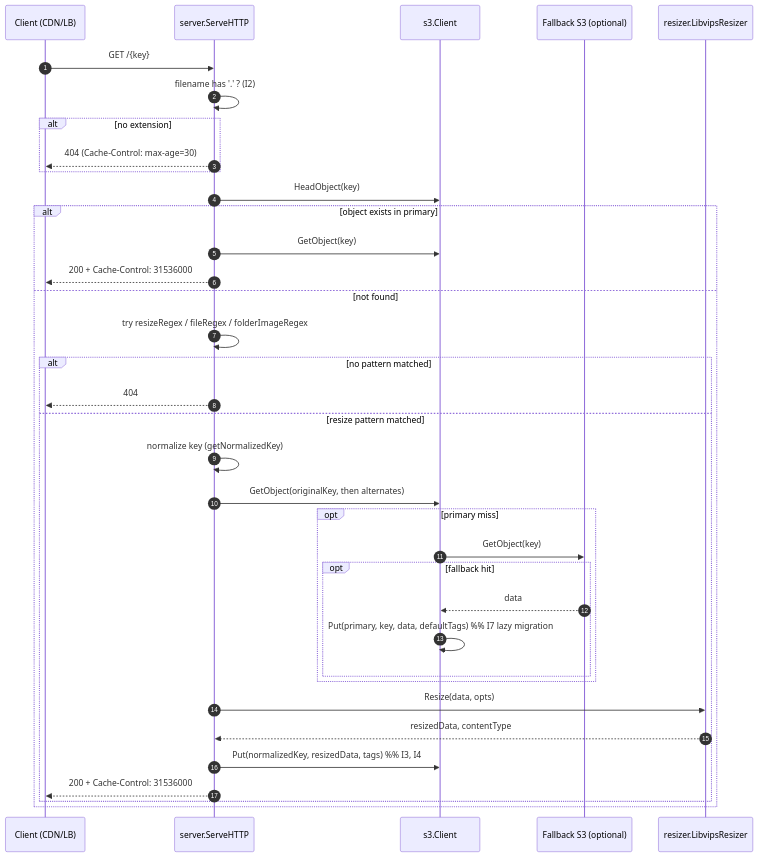
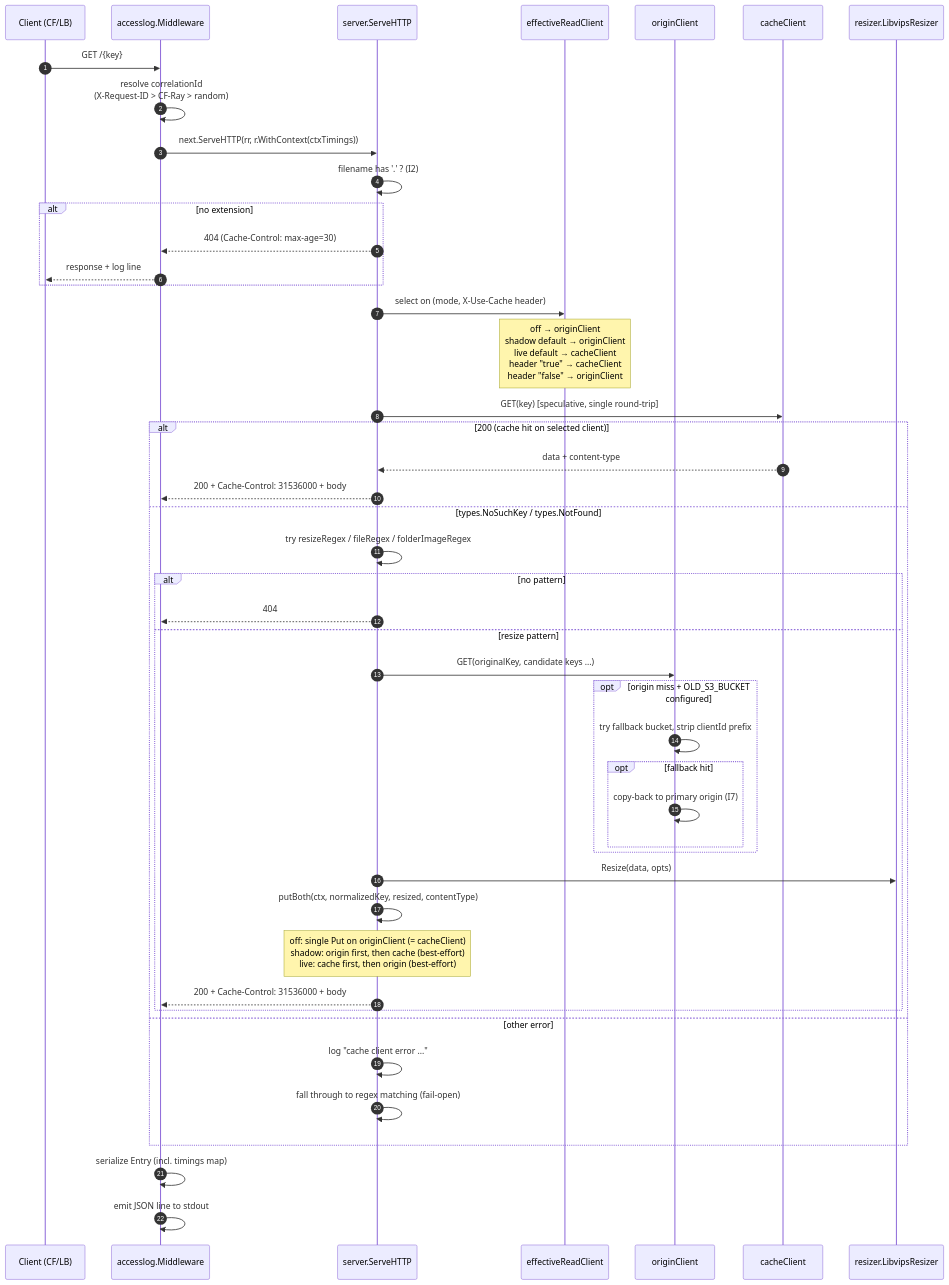
The first of 4 diagrams in draft/architecture.md (Archanium/image-s3-proxy), drawn with Mermaid before and after one commit. The commit also changed other lines of this file and 11 other files, not shown here.

First line of the commit message:
chore: /draft:init refresh — sync architecture context to PRs #1-#4

````diff
--- a/draft/architecture.md
+++ b/draft/architecture.md
@@ -124,39 +169,49 @@
 ```mermaid
 sequenceDiagram
     autonumber
-    participant C as Client (CDN/LB)
+    participant C as Client (CF/LB)
+    participant M as accesslog.Middleware
     participant S as server.ServeHTTP
-    participant S3 as s3.Client
-    participant FB as Fallback S3 (optional)
+    participant ER as effectiveReadClient
+    participant OK as originClient
+    participant CK as cacheClient
     participant R as resizer.LibvipsResizer
 
-    C->>S: GET /{key}
+    C->>M: GET /{key}
+    M->>M: resolve correlationId<br/>(X-Request-ID > CF-Ray > random)
+    M->>S: next.ServeHTTP(rr, r.WithContext(ctxTimings))
     S->>S: filename has '.' ? (I2)
     alt no extension
-        S-->>C: 404 (Cache-Control: max-age=30)
+        S-->>M: 404 (Cache-Control: max-age=30)
+        M-->>C: response + log line
     end
-    S->>S3: HeadObject(key)
-    alt object exists in primary
-        S->>S3: GetObject(key)
-        S-->>C: 200 + Cache-Control: 31536000
-    else not found
+    S->>ER: select on (mode, X-Use-Cache header)
+    Note over ER: off → originClient<br/>shadow default → originClient<br/>live default → cacheClient<br/>header "true" → cacheClient<br/>header "false" → originClient
+    S->>CK: GET(key) [speculative, single round-trip]
+    alt 200 (cache hit on selected client)
+        CK-->>S: data + content-type
+        S-->>M: 200 + Cache-Control: 31536000 + body
+    else types.NoSuchKey / types.NotFound
         S->>S: try resizeRegex / fileRegex / folderImageRegex
-        alt no pattern matched
-            S-->>C: 404
-        else resize pattern matched
-            S->>S: normalize key (getNormalizedKey)
-            S->>S3: GetObject(originalKey, then alternates)
-            opt primary miss
-                S3->>FB: GetObject(key)
+        alt no pattern
+            S-->>M: 404
+        else resize pattern
+            S->>OK: GET(originalKey, candidate keys ...)
+            opt origin miss + OLD_S3_BUCKET configured
+                OK->>OK: try fallback bucket, strip clientId prefix
                 opt fallback hit
-                    FB-->>S3: data
-                    S3->>S3: Put(primary, key, data, defaultTags)  %% I7 lazy migration
+                    OK->>OK: copy-back to primary origin (I7)
                 end
             end
             S->>R: Resize(data, opts)
-            R-->>S: resizedData, contentType
-            S->>S3: Put(normalizedKey, resizedData, tags)  %% I3, I4
-            S-->>C: 200 + Cache-Control: 31536000
+            S->>S: putBoth(ctx, normalizedKey, resized, contentType)
+            Note over S: off: single Put on originClient (= cacheClient)<br/>shadow: origin first, then cache (best-effort)<br/>live: cache first, then origin (best-effort)
+            S-->>M: 200 + Cache-Control: 31536000 + body
         end
+    else other error
+        S->>S: log "cache client error ..."
+        S->>S: fall through to regex matching (fail-open)
     end
+    M->>M: serialize Entry (incl. timings map)
+    M->>M: emit JSON line to stdout
 ```
````
